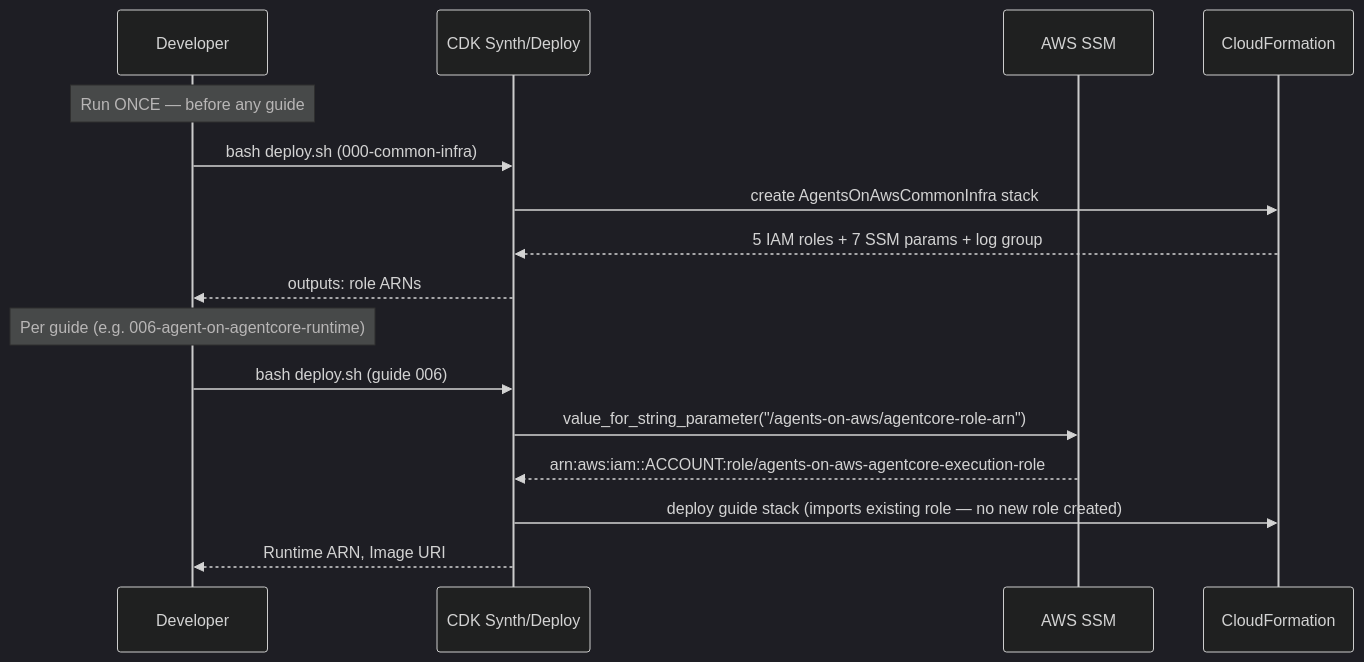
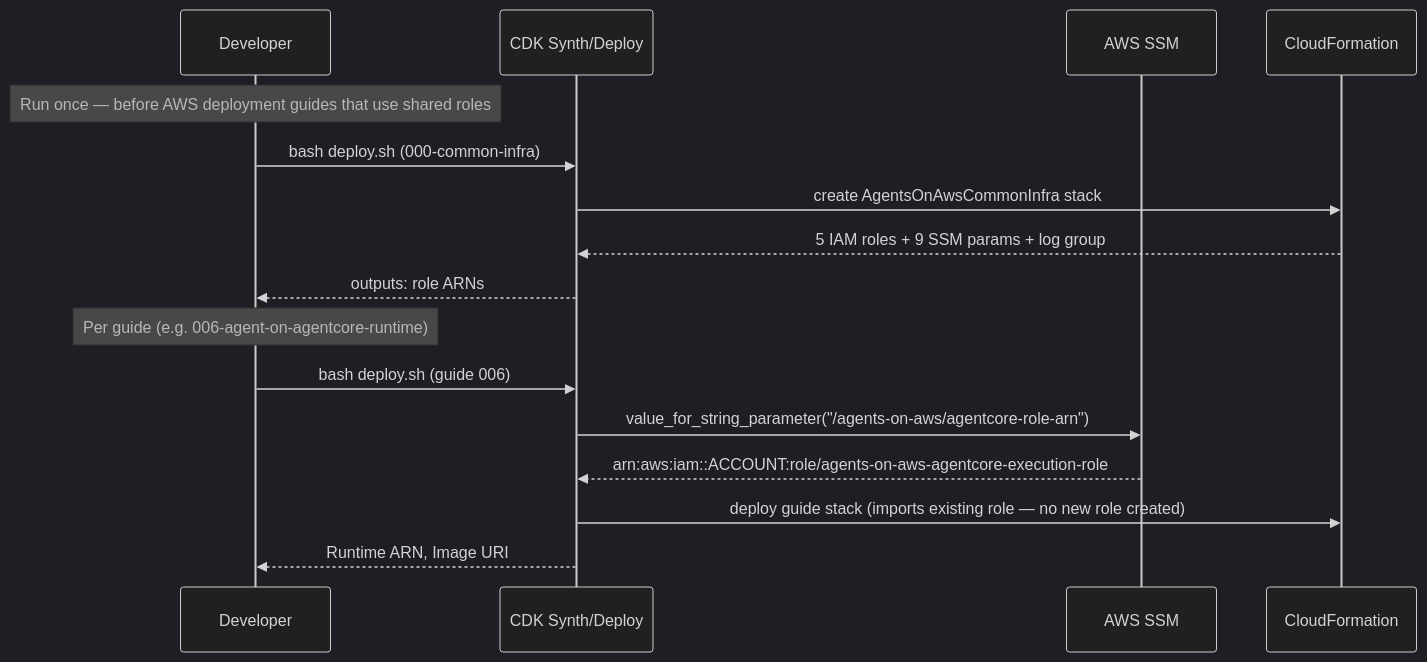
Before and after one commit to anveshmuppeda/agents-on-aws: the second of 3 diagrams in 00-foundations/000-common-infra/README.md, drawn with Mermaid (dark theme). The commit also changed other lines of this file and 38 other files, not shown here.

First line of the commit message:
Refactor AWS profile handling and update documentation across multiple guides

````diff
--- a/00-foundations/000-common-infra/README.md
+++ b/00-foundations/000-common-infra/README.md
@@ -68,20 +70,20 @@
 ```mermaid
 sequenceDiagram
     participant Dev as Developer
     participant CDK as CDK Synth/Deploy
     participant SSM as AWS SSM
     participant CF  as CloudFormation
 
-    note over Dev: Run ONCE — before any guide
+    note over Dev: Run once — before AWS deployment guides that use shared roles
     Dev ->> CDK : bash deploy.sh (000-common-infra)
     CDK ->> CF  : create AgentsOnAwsCommonInfra stack
-    CF  -->> CDK : 5 IAM roles + 7 SSM params + log group
+    CF  -->> CDK : 5 IAM roles + 9 SSM params + log group
     CDK -->> Dev : outputs: role ARNs
 
     note over Dev: Per guide (e.g. 006-agent-on-agentcore-runtime)
     Dev ->> CDK : bash deploy.sh (guide 006)
     CDK ->> SSM : value_for_string_parameter("/agents-on-aws/agentcore-role-arn")
     SSM -->> CDK : arn:aws:iam::ACCOUNT:role/agents-on-aws-agentcore-execution-role
     CDK ->> CF  : deploy guide stack (imports existing role — no new role created)
     CDK -->> Dev : Runtime ARN, Image URI
 ```
````
